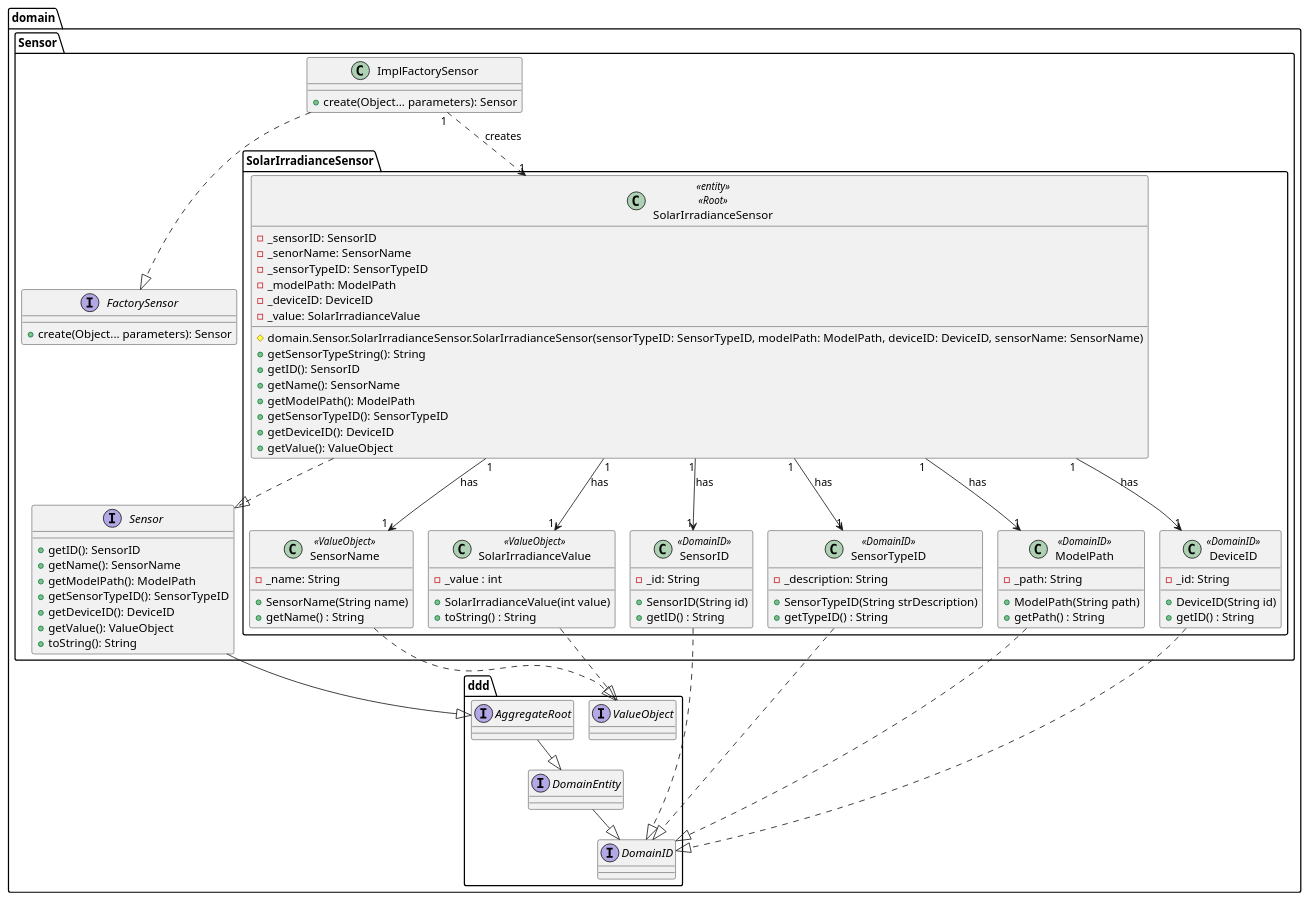
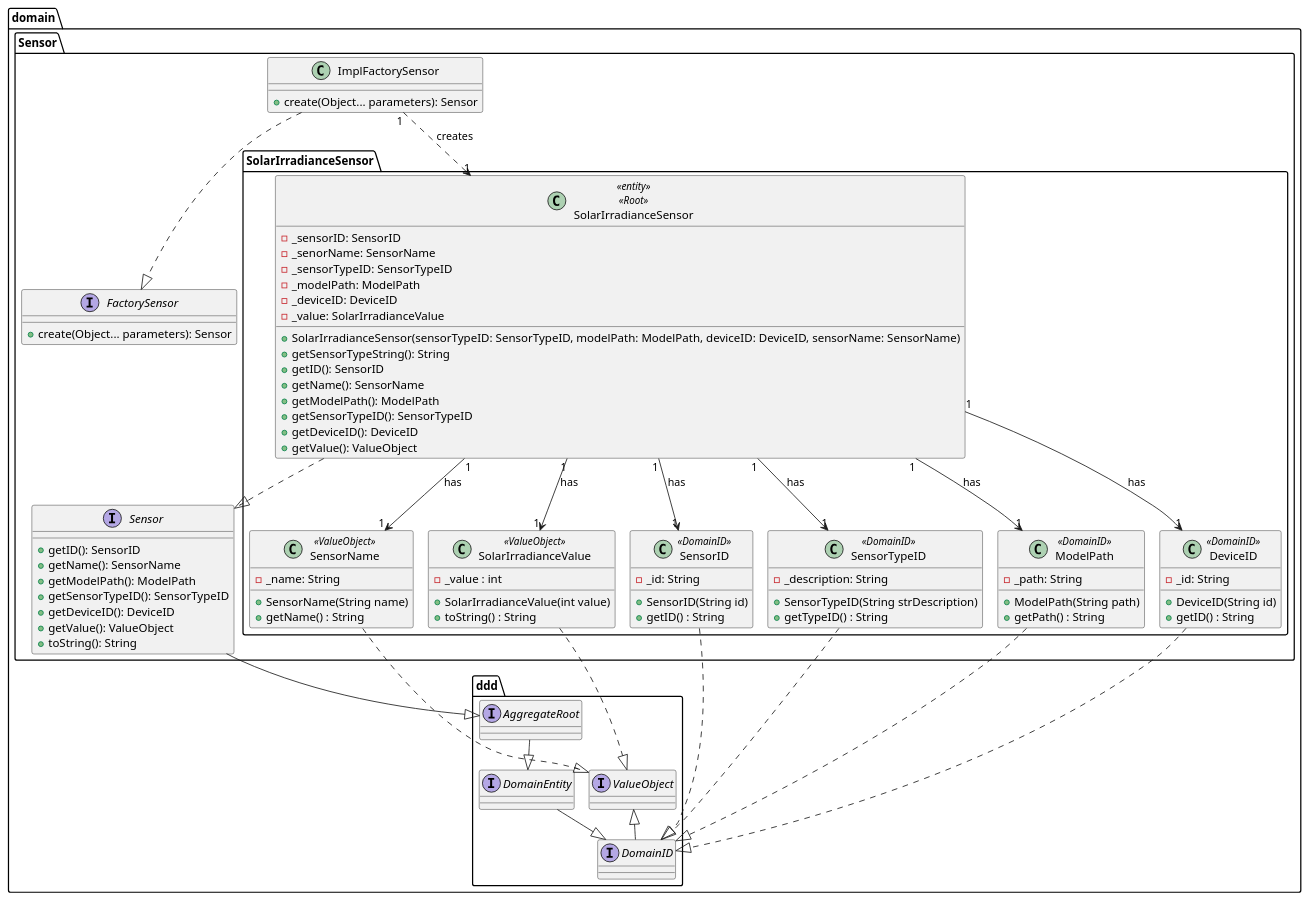
Before and after one commit to olivDiogo/SmartHome: the diagram in docs/userStories/us23/artifacts/US23CD.puml, drawn with PlantUML. The commit also changed 1 other file, not shown here.

Commit message:
#263 minor fix: minor edit to class diagram

```diff
--- a/docs/userStories/us23/artifacts/US23CD.puml
+++ b/docs/userStories/us23/artifacts/US23CD.puml
@@ -1,120 +1,120 @@
 @startuml
 !pragma layout smetana
 
 package domain.Sensor {
     interface FactorySensor {
         + create(Object... parameters): Sensor
     }
 
     class ImplFactorySensor {
         + create(Object... parameters): Sensor
     }
 
     interface Sensor {
             + getID(): SensorID
             + getName(): SensorName
             + getModelPath(): ModelPath
             + getSensorTypeID(): SensorTypeID
             + getDeviceID(): DeviceID
             + getValue(): ValueObject
             + toString(): String
     }
  }
 
 package domain.Sensor.SolarIrradianceSensor {
 
     class domain.Sensor.SolarIrradianceSensor.SolarIrradianceSensor <<entity>><<Root>>{
         - _sensorID: SensorID
         - _senorName: SensorName
         - _sensorTypeID: SensorTypeID
         - _modelPath: ModelPath
         - _deviceID: DeviceID
         - _value: SolarIrradianceValue
-        # domain.Sensor.SolarIrradianceSensor.SolarIrradianceSensor(sensorTypeID: SensorTypeID, modelPath: ModelPath, deviceID: DeviceID, sensorName: SensorName)
+        + SolarIrradianceSensor(sensorTypeID: SensorTypeID, modelPath: ModelPath, deviceID: DeviceID, sensorName: SensorName)
         + getSensorTypeString(): String
         + getID(): SensorID
         + getName(): SensorName
         + getModelPath(): ModelPath
         + getSensorTypeID(): SensorTypeID
         + getDeviceID(): DeviceID
         + getValue(): ValueObject
     }
 
     class SensorName <<ValueObject>>{
             - _name: String
             + SensorName(String name)
             + getName() : String
     }
 
     class SensorID <<DomainID>>{
             - _id: String
             + SensorID(String id)
             + getID() : String
     }
 
     class SolarIrradianceValue <<ValueObject>>{
             - _value : int
             + SolarIrradianceValue(int value)
             + toString() : String
     }
 
      class SensorTypeID <<DomainID>>{
                     - _description: String
                     + SensorTypeID(String strDescription)
                     + getTypeID() : String
         }
 
         class ModelPath <<DomainID>>{
                     - _path: String
                     + ModelPath(String path)
                     + getPath() : String
         }
 
         class DeviceID <<DomainID>>{
                     - _id: String
                     + DeviceID(String id)
                     + getID() : String
         }
 }
 
 
 package domain.ddd {
 
   interface DomainEntity {
   }
 
-  interface DomainID {
+  interface DomainID extends ValueObject{
   }
 
   interface AggregateRoot {
   }
 
   interface ValueObject {
   }
 }
 
 ImplFactorySensor ..|> FactorySensor
 ImplFactorySensor "1" ..> "1" domain.Sensor.SolarIrradianceSensor.SolarIrradianceSensor : creates
 
 domain.Sensor.SolarIrradianceSensor.SolarIrradianceSensor ..|> domain.Sensor.Sensor
 domain.Sensor.SolarIrradianceSensor.SolarIrradianceSensor "1" --> "1" domain.Sensor.SolarIrradianceSensor.SolarIrradianceValue : has
 domain.Sensor.SolarIrradianceSensor.SolarIrradianceSensor "1" -->  "1" SensorTypeID : has
 domain.Sensor.SolarIrradianceSensor.SolarIrradianceSensor "1" -->  "1" ModelPath : has
 domain.Sensor.SolarIrradianceSensor.SolarIrradianceSensor "1" -->  "1" SensorName : has
 domain.Sensor.SolarIrradianceSensor.SolarIrradianceSensor "1" -->  "1" SensorID : has
 domain.Sensor.SolarIrradianceSensor.SolarIrradianceSensor "1" -->  "1" DeviceID : has
 
 domain.Sensor.SolarIrradianceSensor.SolarIrradianceValue ..|> domain.ddd.ValueObject
 domain.Sensor.SolarIrradianceSensor.SensorName ..|> domain.ddd.ValueObject
 
 DomainEntity --|> DomainID
 AggregateRoot --|> DomainEntity
 
 domain.Sensor.Sensor --|> domain.ddd.AggregateRoot
 
 SensorTypeID ..|> domain.ddd.DomainID
 SensorID ..|> domain.ddd.DomainID
 ModelPath ..|> domain.ddd.DomainID
 DeviceID ..|> domain.ddd.DomainID
 
 @enduml
```
